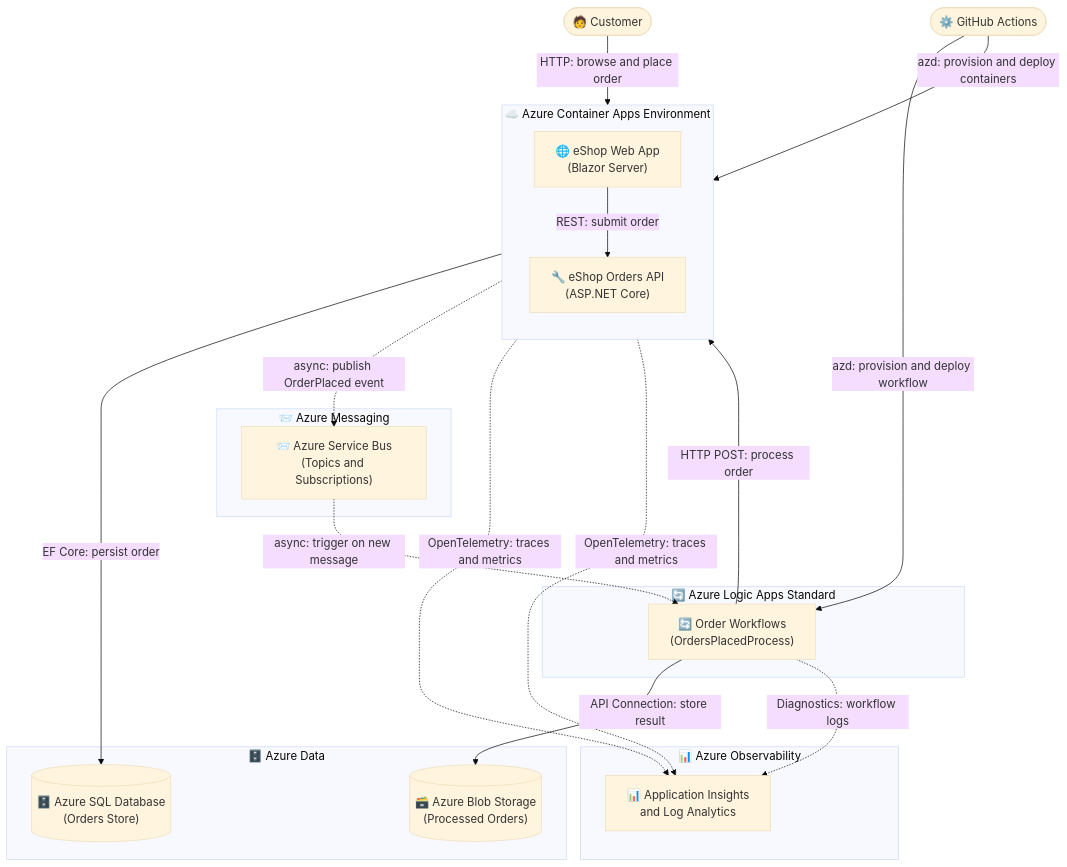
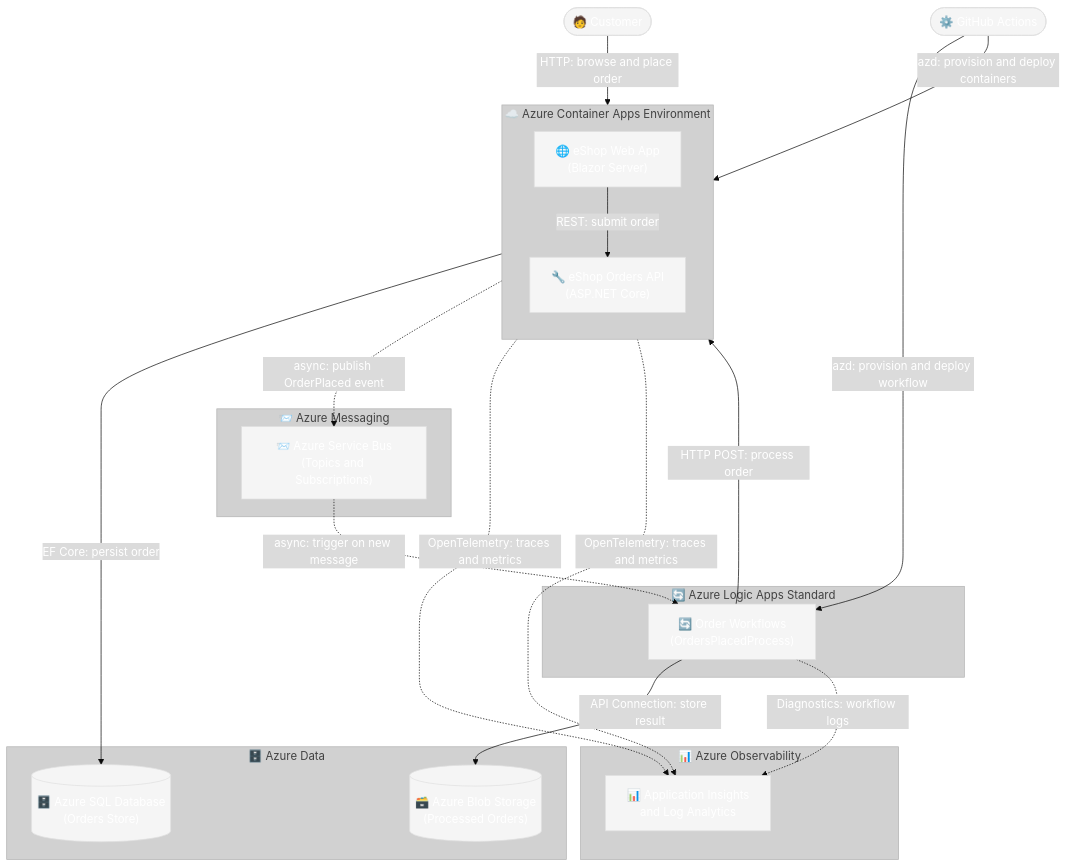
The diagram in README.md (Evilazaro/Azure-LogicApps-Monitoring), drawn with Mermaid before and after one commit.

Commit message:
Refactor architecture diagram configuration in README.md for improved clarity

````diff
--- a/README.md
+++ b/README.md
@@ -56,73 +56,74 @@
 ```mermaid
 ---
 config:
   description: "High-level architecture diagram showing actors, primary flows, and major components."
   theme: base
   align: center
-  fontFamily: "Segoe UI, Verdana, sans-serif"
-  fontSize: 16
-  textColor: "#242424"
-  primaryColor: "#f5f5f5"
-  primaryTextColor: "#FFFFFF"
-  primaryBorderColor: "#e0e0e0"
-  secondaryColor: "#dbdbdb"
-  secondaryTextColor: "#242424"
-  secondaryBorderColor: "#d6d6d6"
-  tertiaryColor: "#d1d1d1"
-  tertiaryTextColor: "#424242"
-  tertiaryBorderColor: "#b3b3b3"
+  themeVariables:
+    fontFamily: "Segoe UI, Verdana, sans-serif"
+    fontSize: 16
+    textColor: "#242424"
+    primaryColor: "#f5f5f5"
+    primaryTextColor: "#FFFFFF"
+    primaryBorderColor: "#e0e0e0"
+    secondaryColor: "#dbdbdb"
+    secondaryTextColor: "#242424"
+    secondaryBorderColor: "#d6d6d6"
+    tertiaryColor: "#d1d1d1"
+    tertiaryTextColor: "#424242"
+    tertiaryBorderColor: "#b3b3b3"
 ---
 flowchart TB
 
   %% ── External Actors ────────────────────────────────────────────────────
   Customer(["🧑 Customer"])
   GitHubActions(["⚙️ GitHub Actions"])
 
   %% ── Azure Container Apps Environment ───────────────────────────────────
   subgraph ACA["☁️ Azure Container Apps Environment"]
     direction TB
     WebApp["🌐 eShop Web App<br/>(Blazor Server)"]
     OrdersAPI["🔧 eShop Orders API<br/>(ASP.NET Core)"]
   end
 
   %% ── Azure Messaging ─────────────────────────────────────────────────────
   subgraph Messaging["📨 Azure Messaging"]
     ServiceBus["📨 Azure Service Bus<br/>(Topics and Subscriptions)"]
   end
 
   %% ── Azure Logic Apps Workflows ──────────────────────────────────────────
   subgraph Workflows["🔄 Azure Logic Apps Standard"]
     LogicApp["🔄 Order Workflows<br/>(OrdersPlacedProcess)"]
   end
 
   %% ── Azure Data Layer ────────────────────────────────────────────────────
   subgraph DataLayer["🗄️ Azure Data"]
     SQLDb[("🗄️ Azure SQL Database<br/>(Orders Store)")]
     BlobStorage[("🗃️ Azure Blob Storage<br/>(Processed Orders)")]
   end
 
   %% ── Azure Observability ─────────────────────────────────────────────────
   subgraph ObsLayer["📊 Azure Observability"]
     AppInsights["📊 Application Insights<br/>and Log Analytics"]
   end
 
   %% ── Primary Order Flow ──────────────────────────────────────────────────
   Customer -->|"HTTP: browse and place order"| WebApp
   WebApp -->|"REST: submit order"| OrdersAPI
   OrdersAPI -->|"EF Core: persist order"| SQLDb
   OrdersAPI -.->|"async: publish OrderPlaced event"| ServiceBus
   ServiceBus -.->|"async: trigger on new message"| LogicApp
   LogicApp -->|"HTTP POST: process order"| OrdersAPI
   LogicApp -->|"API Connection: store result"| BlobStorage
 
   %% ── CI/CD Flow ──────────────────────────────────────────────────────────
   GitHubActions -->|"azd: provision and deploy containers"| WebApp
   GitHubActions -->|"azd: provision and deploy workflow"| LogicApp
 
   %% ── Observability Flow ──────────────────────────────────────────────────
   OrdersAPI -.->|"OpenTelemetry: traces and metrics"| AppInsights
   WebApp -.->|"OpenTelemetry: traces and metrics"| AppInsights
   LogicApp -.->|"Diagnostics: workflow logs"| AppInsights
 
 
 ```
````
